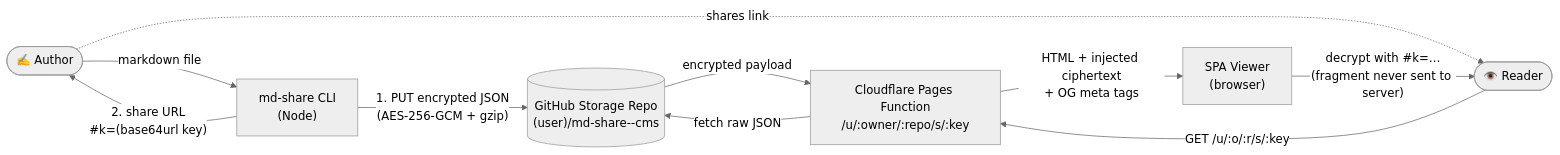
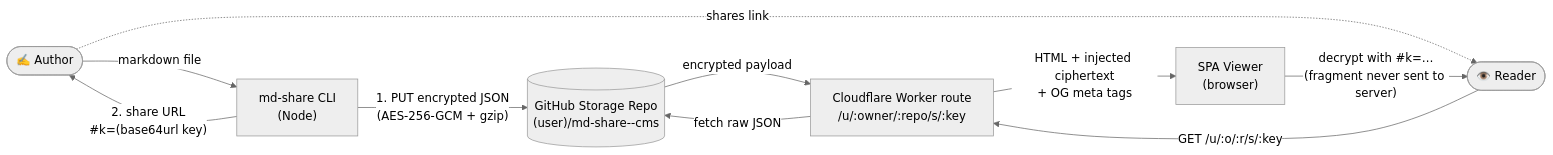
The first of 5 diagrams in README.md (alankyshum/md-share), drawn with Mermaid (neutral theme) before and after one commit. The commit also changed other lines of this file and 6 other files, not shown here.

````diff
--- a/README.md
+++ b/README.md
@@ -14,20 +14,20 @@
 ```mermaid
 flowchart LR
     Author(["✍️ Author"])
     Reader(["👁️ Reader"])
     CLI["md-share CLI<br/>(Node)"]
     GH[("GitHub Storage Repo<br/>(user)/md-share--cms")]
-    PF["Cloudflare Pages Function<br/>/u/:owner/:repo/s/:key"]
+    PF["Cloudflare Worker route<br/>/u/:owner/:repo/s/:key"]
     SPA["SPA Viewer<br/>(browser)"]
 
     Author -- "markdown file" --> CLI
     CLI -- "1. PUT encrypted JSON<br/>(AES-256-GCM + gzip)" --> GH
     CLI -- "2. share URL<br/>#k=(base64url key)" --> Author
     Author -. "shares link" .-> Reader
 
     Reader -- "GET /u/:o/:r/s/:key" --> PF
     PF -- "fetch raw JSON" --> GH
     GH -- "encrypted payload" --> PF
     PF -- "HTML + injected ciphertext<br/>+ OG meta tags" --> SPA
     SPA -- "decrypt with #k=…<br/>(fragment never sent to server)" --> Reader
 ```
````
